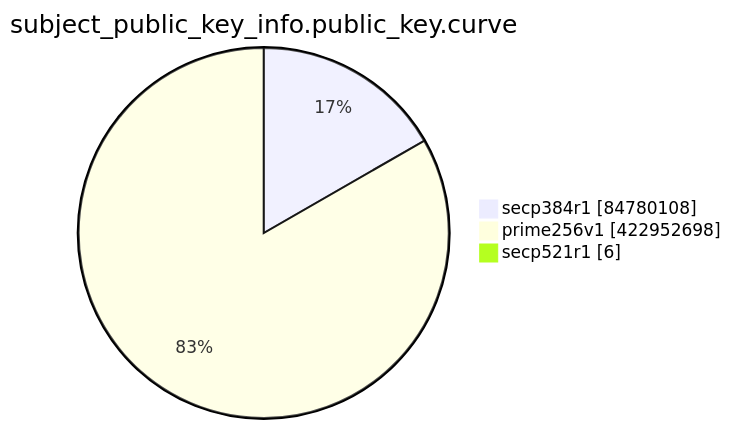
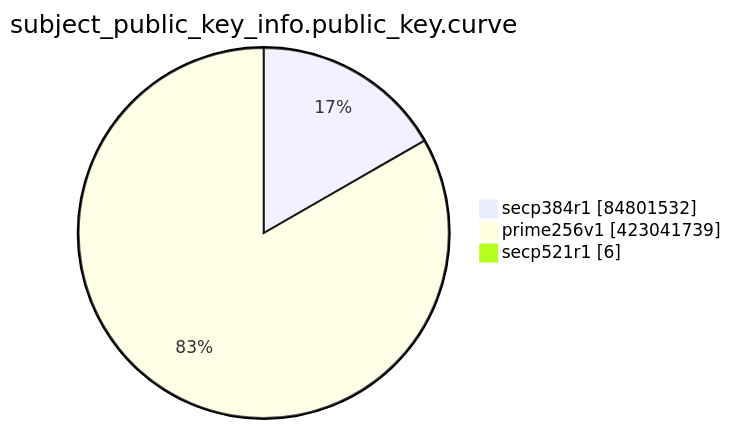
The eighth of 15 diagrams in TOTAL/README.md (christiankrug/ctmonitor_visualization), drawn with Mermaid before and after one commit. The commit also changed other lines of this file, not shown here.

````diff
--- a/TOTAL/README.md
+++ b/TOTAL/README.md
@@ -3099,7 +3099,7 @@
 ```mermaid
 pie showData
 title subject_public_key_info.public_key.curve
-"secp384r1" :84780108
-"prime256v1" :422952698
+"secp384r1" :84801532
+"prime256v1" :423041739
 "secp521r1" :6
 ```
````
